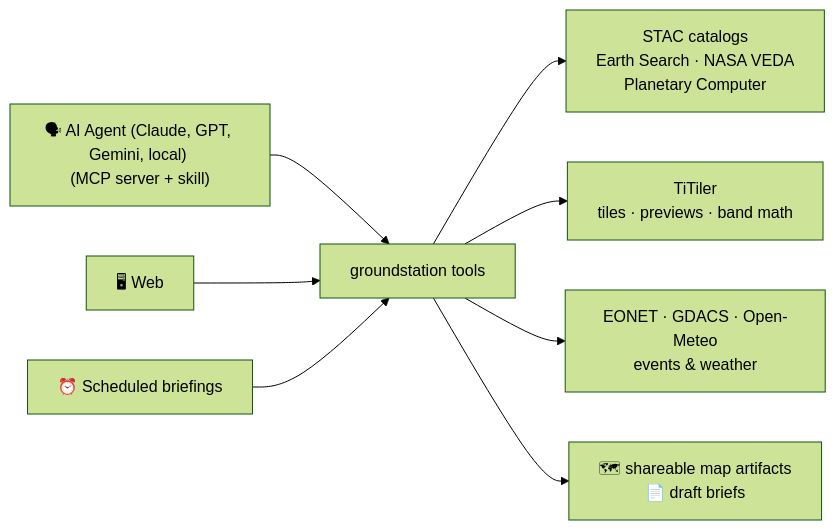
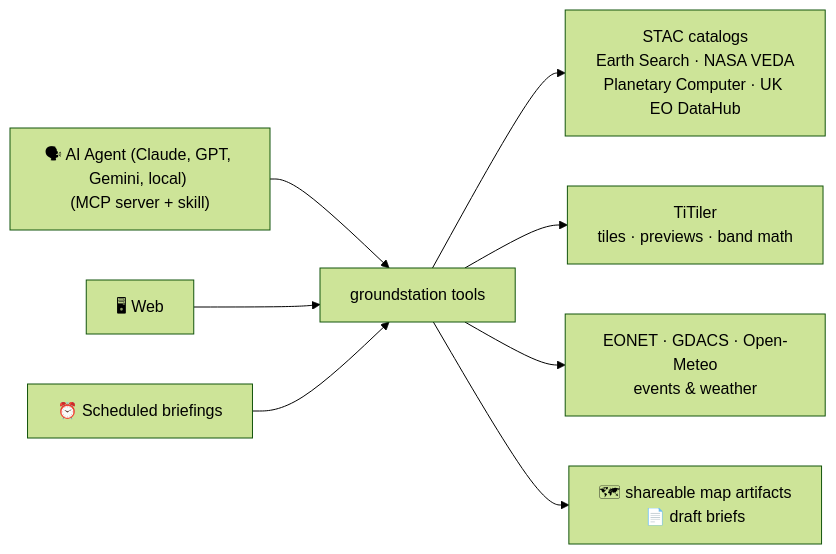
The diagram in README.md (dannybauman/groundstation), drawn with Mermaid (forest theme) before and after one commit. The commit also changed other lines of this file and 24 other files, not shown here.

First line of the commit message:
UK EO DataHub catalog & field test 22 (#133)

````diff
--- a/README.md
+++ b/README.md
@@ -9,10 +9,10 @@
 ```mermaid
 flowchart LR
     A["🗣 AI Agent (Claude, GPT, Gemini, local) <br/>(MCP server + skill)"] --> T
     B["🖥 Web"] --> T
     C["⏰ Scheduled briefings"] --> T
-    T["groundstation tools"] --> D["STAC catalogs<br/>Earth Search · NASA VEDA<br/>Planetary Computer"]
+    T["groundstation tools"] --> D["STAC catalogs<br/>Earth Search · NASA VEDA<br/>Planetary Computer · UK EO DataHub"]
     T --> E["TiTiler<br/>tiles · previews · band math"]
     T --> F["EONET · GDACS · Open-Meteo<br/>events & weather"]
     T --> G["🗺 shareable map artifacts<br/>📄 draft briefs"]
 ```
````
